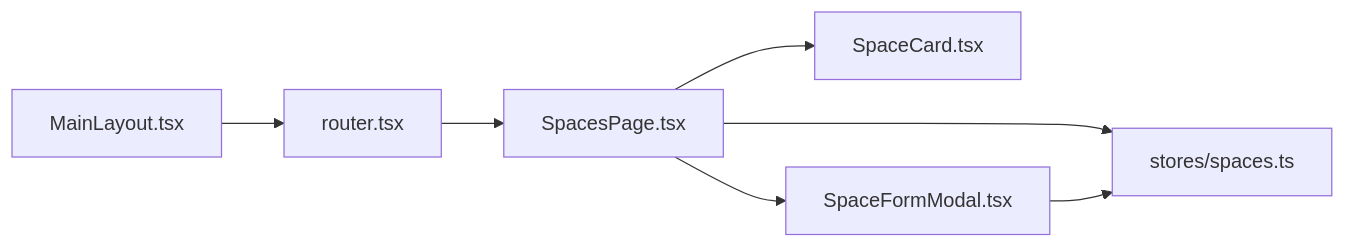
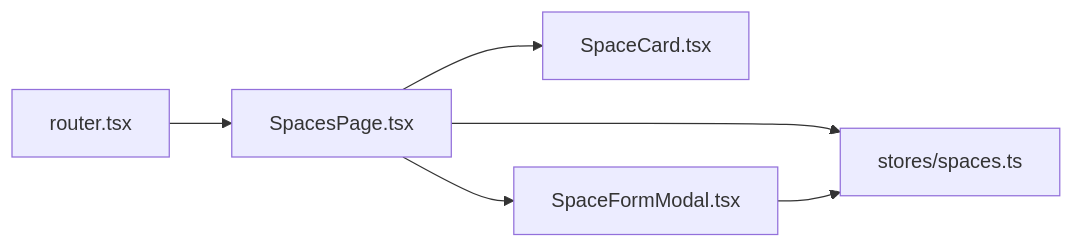
The eighth of 8 diagrams in .qoder/repowiki/zh/content/前端应用架构/页面组件/空间管理页面.md (hozeeee/script-box), drawn with Mermaid before and after one commit. The commit also changed other lines of this file and 2 other files, not shown here.

````diff
--- a/.qoder/repowiki/zh/content/前端应用架构/页面组件/空间管理页面.md
+++ b/.qoder/repowiki/zh/content/前端应用架构/页面组件/空间管理页面.md
@@ -311,9 +307,8 @@
 ```mermaid
 graph LR
 RT["router.tsx"] --> SP["SpacesPage.tsx"]
 SP --> SC["SpaceCard.tsx"]
 SP --> SF["SpaceFormModal.tsx"]
 SP --> ST["stores/spaces.ts"]
 SF --> ST
-ML["MainLayout.tsx"] --> RT
 ```
````
